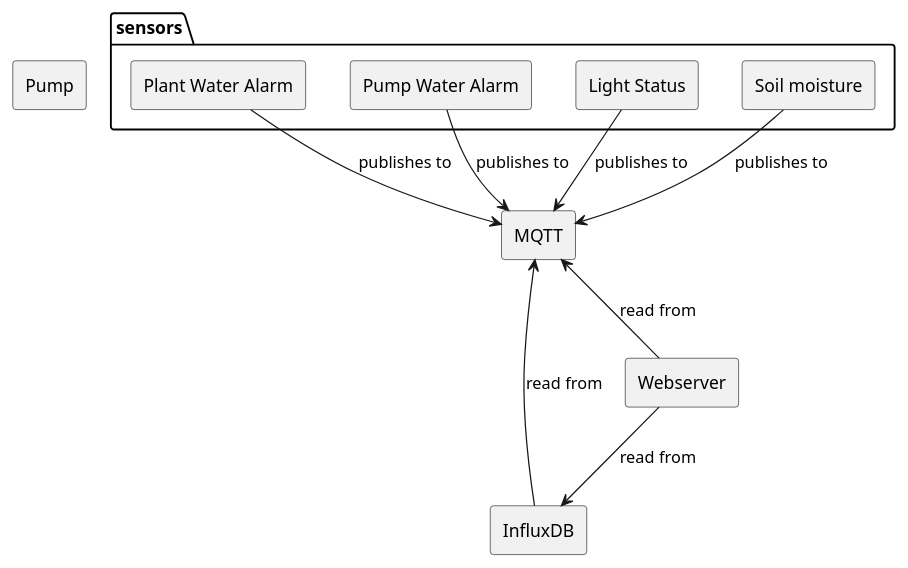
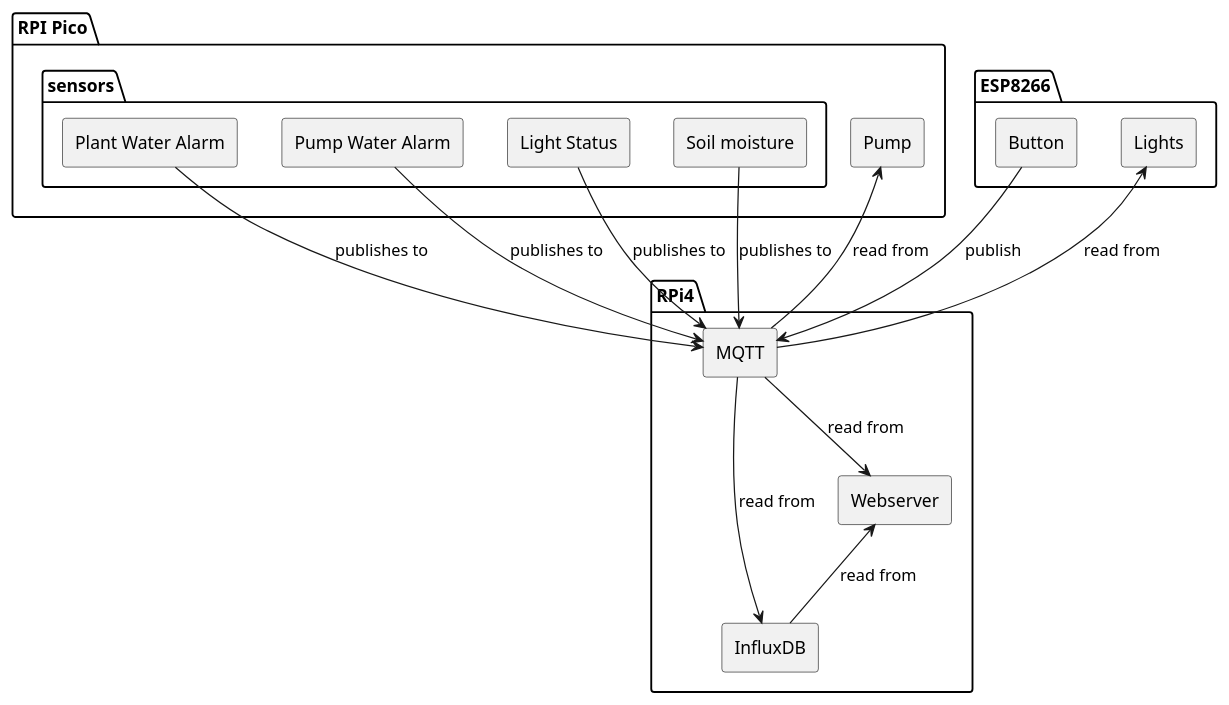
One commit to ratgen/emli_project changed the diagram in architecture/architecture.puml. Above: the diagram before and after it, drawn with PlantUML.

Commit message:
add more arch

```diff
--- a/architecture/architecture.puml
+++ b/architecture/architecture.puml
@@ -1,30 +1,49 @@
 @startuml
 ' Sensors
-package sensors {
-  rectangle "Plant Water Alarm" as plantwa
-  rectangle "Pump Water Alarm" as pumpwa
-  rectangle "Light Status" as ls
-  rectangle "Soil moisture" as sm
+package "RPI Pico" as rpico {
+  package sensors {
+    rectangle "Plant Water Alarm" as plantwa
+    rectangle "Pump Water Alarm" as pumpwa
+    rectangle "Light Status" as ls
+    rectangle "Soil moisture" as sm
+  }
+  ' Actuators 
+  rectangle "Pump" as pump
 }
-' Actuators 
-rectangle "Pump" as pump
 
-'Message bus
-rectangle "MQTT" as mqtt
+package ESP8266 {
+  ' Actuators
+  rectangle "Button" as but
+  rectangle "Lights" as lights
+}
+
+package RPi4 {
+
+  'Message bus
+  rectangle "MQTT" as mqtt
+
+
+
+  rectangle "InfluxDB" as influx
+  rectangle "Webserver" as web
+
+}
 
 
 'arrows
 plantwa --> mqtt : "publishes to"
 pumpwa --> mqtt : "publishes to"
 ls --> mqtt : "publishes to"
 sm --> mqtt : "publishes to"
 
-rectangle "InfluxDB" as influx
-rectangle "Webserver" as web
+mqtt --> influx : "read from"
+mqtt --> web : "read from"
 
-mqtt <-- influx : "read from"
-mqtt <-- web : "read from"
+web <-- influx : "read from"
 
-web --> influx : "read from"
+mqtt --> pump : "read from"
+mqtt --> lights : "read from"
+but --> mqtt : "publish"
+
 
 @enduml
```
